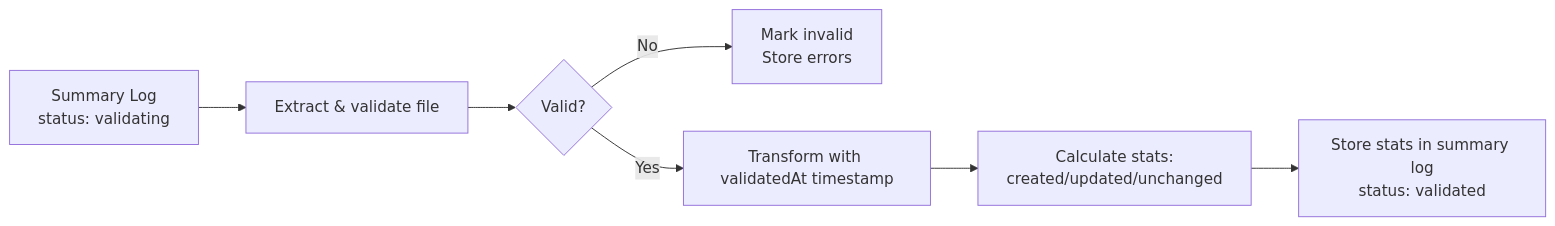
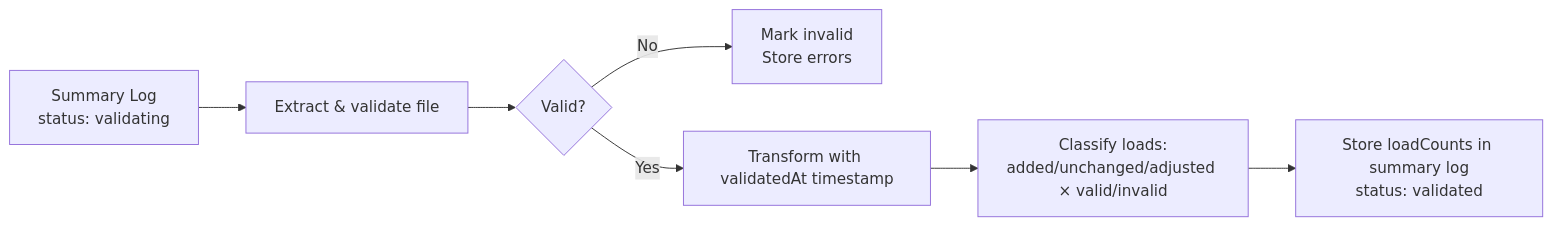
One commit to DEFRA/epr-backend changed the sixth of 7 diagrams in docs/architecture/defined/summary-log-submission-lld.md. Above: the diagram before and after it, drawn with Mermaid. The commit also changed other lines of this file, not shown here.

First line of the commit message:
Update LLD to reflect loadCounts implementation

````diff
--- a/docs/architecture/defined/summary-log-submission-lld.md
+++ b/docs/architecture/defined/summary-log-submission-lld.md
@@ -338,9 +353,9 @@
 ```mermaid
 flowchart LR
     A[Summary Log<br/>status: validating] --> B[Extract & validate file]
     B --> C{Valid?}
     C -->|No| D[Mark invalid<br/>Store errors]
     C -->|Yes| E[Transform with validatedAt timestamp]
-    E --> F[Calculate stats:<br/>created/updated/unchanged]
-    F --> G[Store stats in summary log<br/>status: validated]
+    E --> F[Classify loads:<br/>added/unchanged/adjusted × valid/invalid]
+    F --> G[Store loadCounts in summary log<br/>status: validated]
 ```
````
